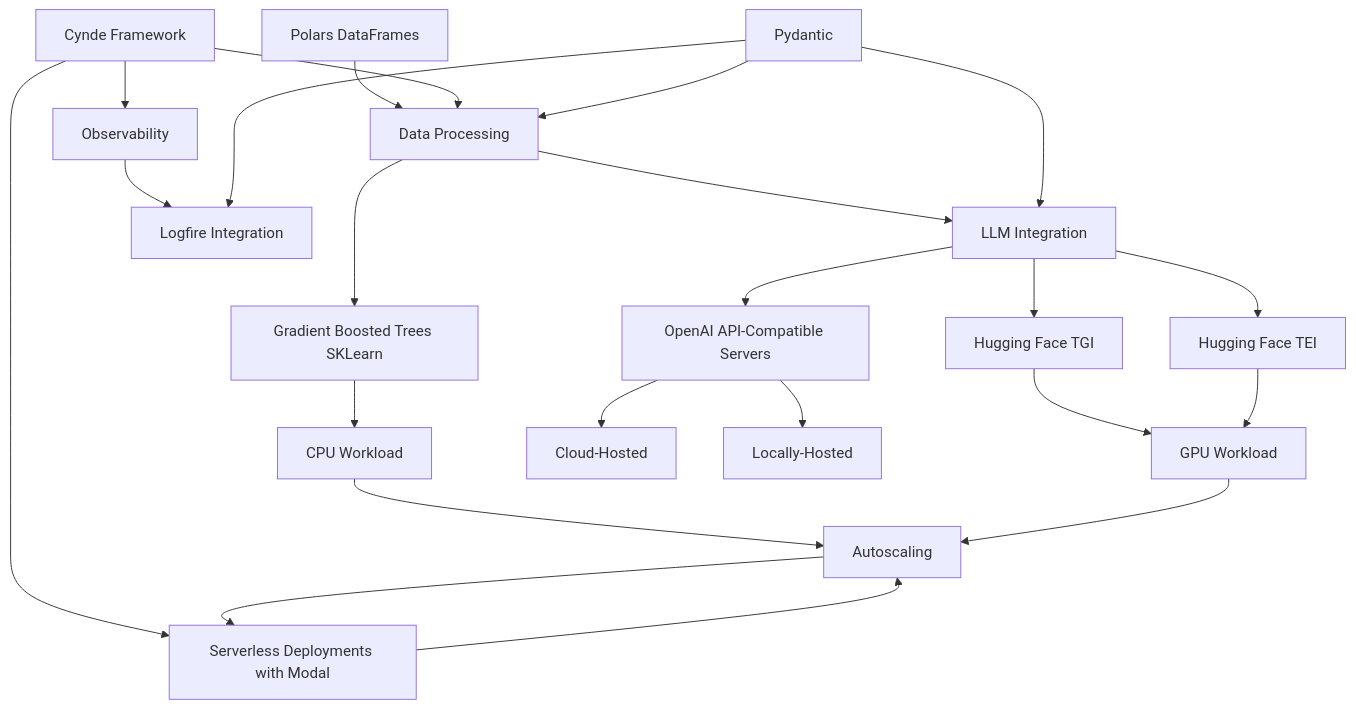
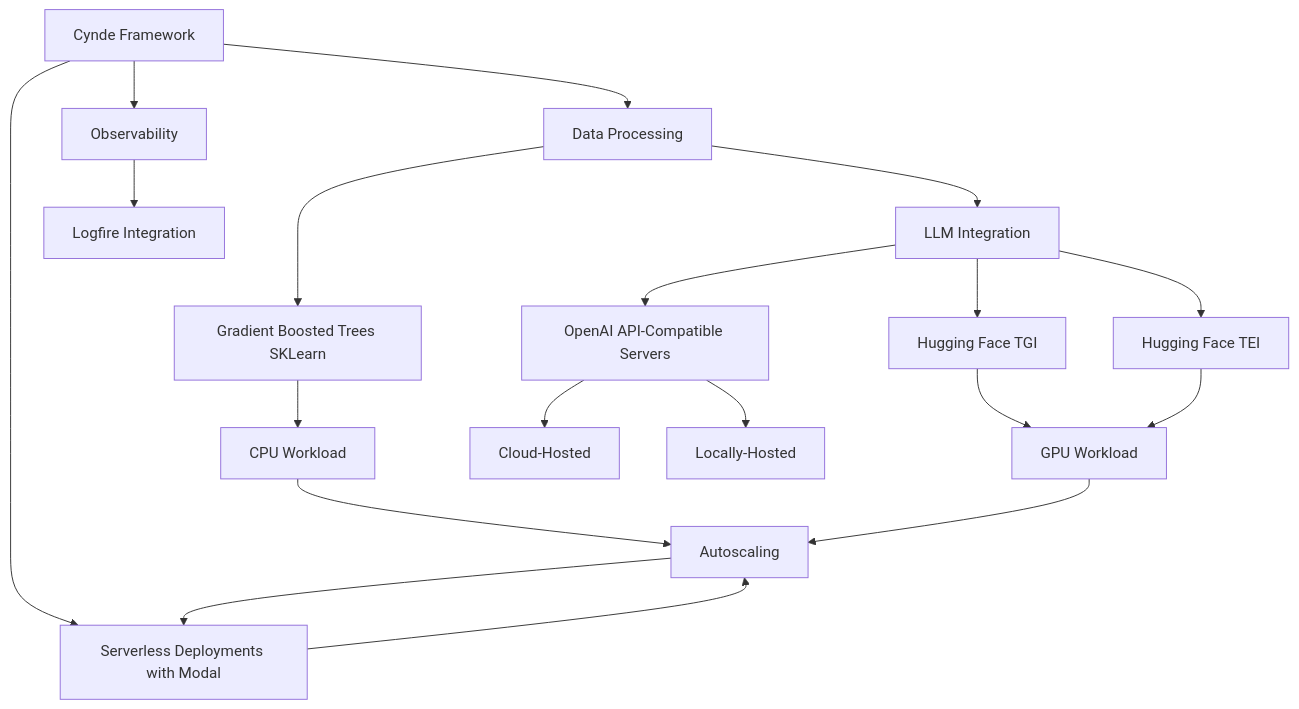
One commit to Neural-Dragon-AI/Cynde changed the diagram in drawings.md. Above: the diagram before and after it, drawn with Mermaid.

````diff
--- a/drawings.md
+++ b/drawings.md
@@ -3,30 +3,28 @@
 ```mermaid
 graph TD
-   C[Polars DataFrames] --> B[Data Processing]
-    A[Cynde Framework] --> B
-    PD[Pydantic] --> B
+
+    A[Cynde Framework] --> B[Data Processing]
     
     B --> E[Gradient Boosted Trees SKLearn]
     A --> P[Serverless Deployments with Modal]
     F[Autoscaling] --> P
     P --> F
     G[CPU Workload] --> F
     E --> G
     M[GPU Workload] --> F
 
     B --> H[LLM Integration]
     H --> I[OpenAI API-Compatible Servers]
     I --> J[Cloud-Hosted]
     I --> K[Locally-Hosted]
     H --> N[Hugging Face TGI]
   
     H --> O[Hugging Face TEI]
     N --> M
     O --> M
 
 
     A --> Y[Observability]
     Y --> Z[Logfire Integration]
-    PD --> Z
-    PD --> H
+
 ```
````
